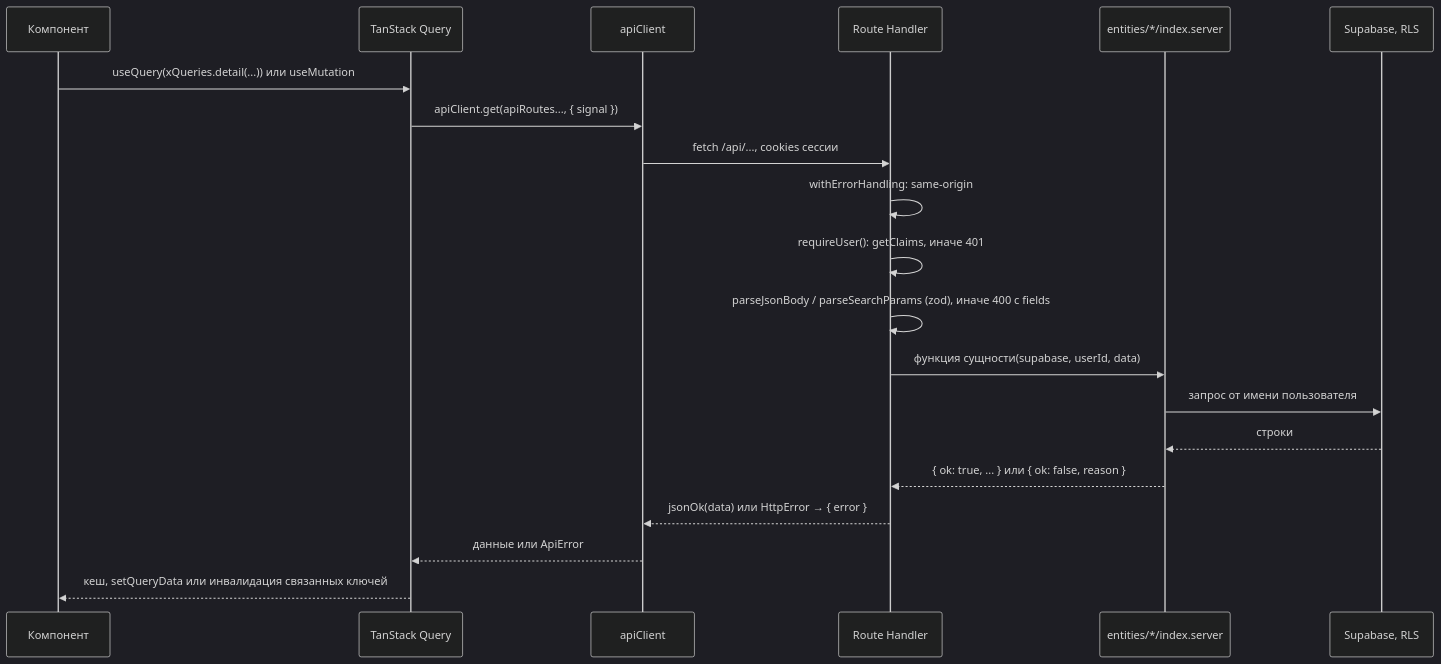
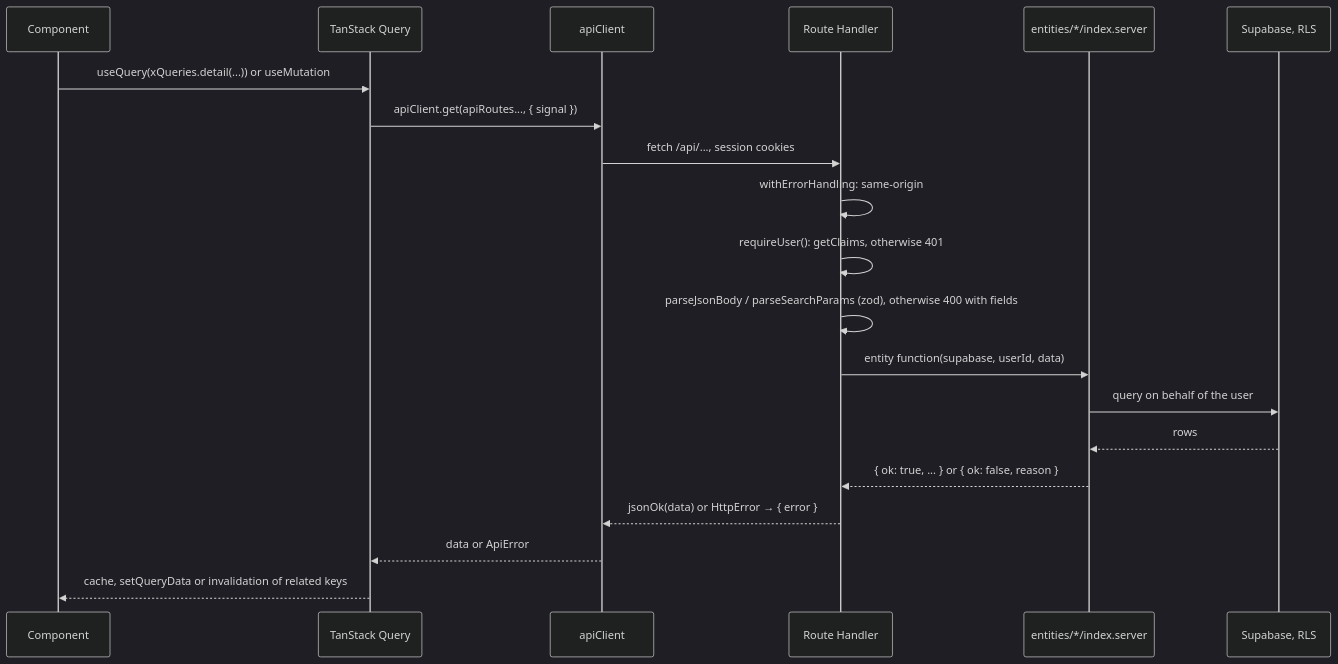
The first of 5 diagrams in docs/architecture/dynamic.md (verkhoturov/freudin-website), drawn with Mermaid (dark theme) before and after one commit. The commit also changed other lines of this file and 74 other files, not shown here.

````diff
--- a/docs/architecture/dynamic.md
+++ b/docs/architecture/dynamic.md
@@ -14,23 +14,23 @@
 ```mermaid
 sequenceDiagram
-    participant UI as Компонент
+    participant UI as Component
     participant Q as TanStack Query
     participant C as apiClient
     participant R as Route Handler
     participant E as entities/*/index.server
     participant DB as Supabase, RLS
 
-    UI->>Q: useQuery(xQueries.detail(...)) или useMutation
+    UI->>Q: useQuery(xQueries.detail(...)) or useMutation
     Q->>C: apiClient.get(apiRoutes..., { signal })
-    C->>R: fetch /api/..., cookies сессии
+    C->>R: fetch /api/..., session cookies
     R->>R: withErrorHandling: same-origin
-    R->>R: requireUser(): getClaims, иначе 401
-    R->>R: parseJsonBody / parseSearchParams (zod), иначе 400 с fields
-    R->>E: функция сущности(supabase, userId, data)
-    E->>DB: запрос от имени пользователя
-    DB-->>E: строки
-    E-->>R: { ok: true, ... } или { ok: false, reason }
-    R-->>C: jsonOk(data) или HttpError → { error }
-    C-->>Q: данные или ApiError
-    Q-->>UI: кеш, setQueryData или инвалидация связанных ключей
+    R->>R: requireUser(): getClaims, otherwise 401
+    R->>R: parseJsonBody / parseSearchParams (zod), otherwise 400 with fields
+    R->>E: entity function(supabase, userId, data)
+    E->>DB: query on behalf of the user
+    DB-->>E: rows
+    E-->>R: { ok: true, ... } or { ok: false, reason }
+    R-->>C: jsonOk(data) or HttpError → { error }
+    C-->>Q: data or ApiError
+    Q-->>UI: cache, setQueryData or invalidation of related keys
 ```
````
